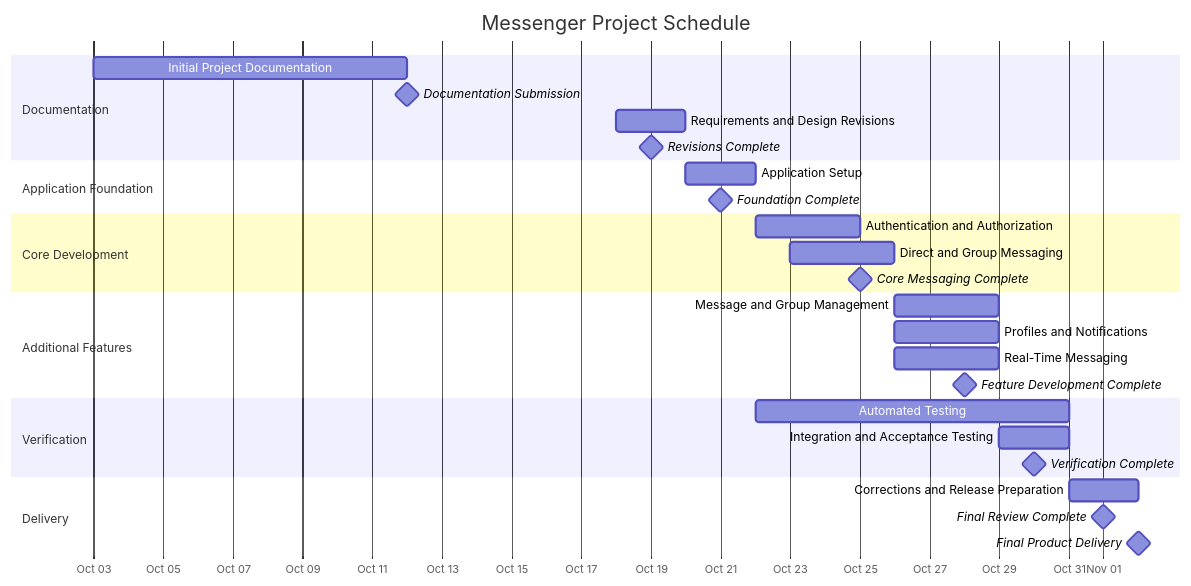
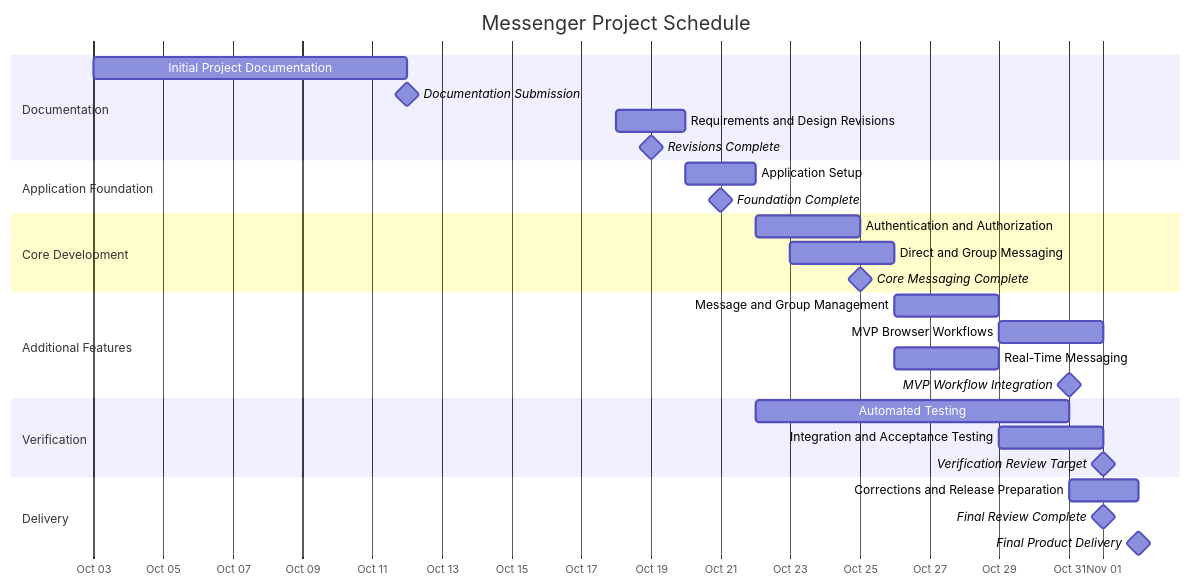
The diagram in docs/statement-of-work.md (hamiltons15/messenger-assignment), drawn with Mermaid before and after one commit. The commit also changed other lines of this file and 31 other files, not shown here.

Commit message:
IA-06 MVP implementation and verification

````diff
--- a/docs/statement-of-work.md
+++ b/docs/statement-of-work.md
@@ -231,37 +238,37 @@
 ```mermaid
 gantt
     title Messenger Project Schedule
     dateFormat YYYY-MM-DD
     axisFormat %b %d
 
     section Documentation
     Initial Project Documentation       :doc, 2026-10-03, 2026-10-12
     Documentation Submission            :milestone, m1, 2026-10-12, 0d
     Requirements and Design Revisions   :revisions, 2026-10-18, 2d
     Revisions Complete                  :milestone, m2, 2026-10-19, 0d
 
     section Application Foundation
     Application Setup                   :setup, 2026-10-20, 2d
     Foundation Complete                 :milestone, m3, 2026-10-21, 0d
 
     section Core Development
     Authentication and Authorization    :auth, 2026-10-22, 3d
     Direct and Group Messaging          :messaging, 2026-10-23, 3d
     Core Messaging Complete             :milestone, m4, 2026-10-25, 0d
 
     section Additional Features
     Message and Group Management        :management, 2026-10-26, 3d
-    Profiles and Notifications          :profiles, 2026-10-26, 3d
+    MVP Browser Workflows               :profiles, 2026-10-29, 3d
     Real-Time Messaging                 :realtime, 2026-10-26, 3d
-    Feature Development Complete        :milestone, m5, 2026-10-28, 0d
+    MVP Workflow Integration             :milestone, m5, 2026-10-31, 0d
 
     section Verification
     Automated Testing                   :tests, 2026-10-22, 9d
-    Integration and Acceptance Testing  :integration, 2026-10-29, 2d
-    Verification Complete               :milestone, m6, 2026-10-30, 0d
+    Integration and Acceptance Testing  :integration, 2026-10-29, 3d
+    Verification Review Target          :milestone, m6, 2026-11-01, 0d
 
     section Delivery
     Corrections and Release Preparation :release, 2026-10-31, 2d
     Final Review Complete               :milestone, m7, 2026-11-01, 0d
     Final Product Delivery              :milestone, m8, 2026-11-02, 0d
 ```
````
